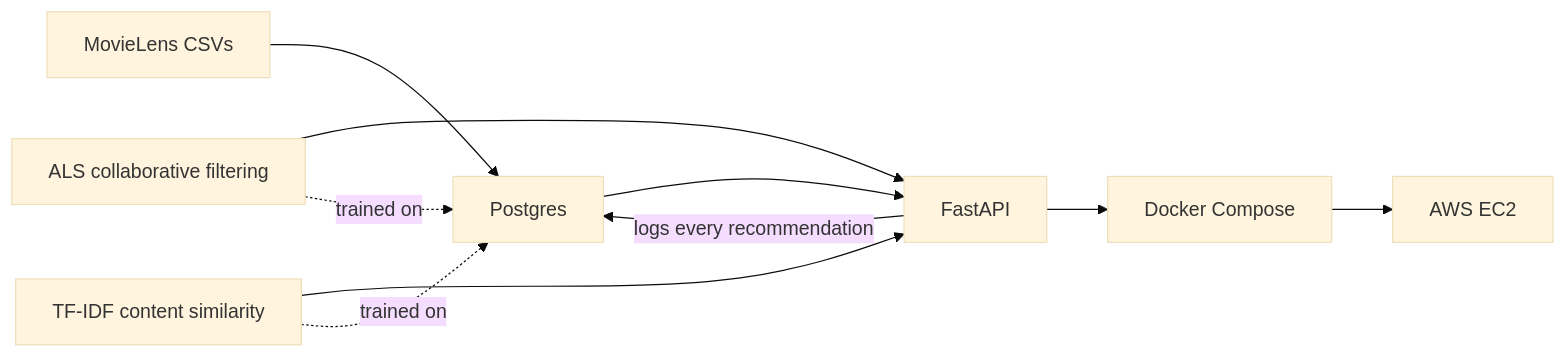
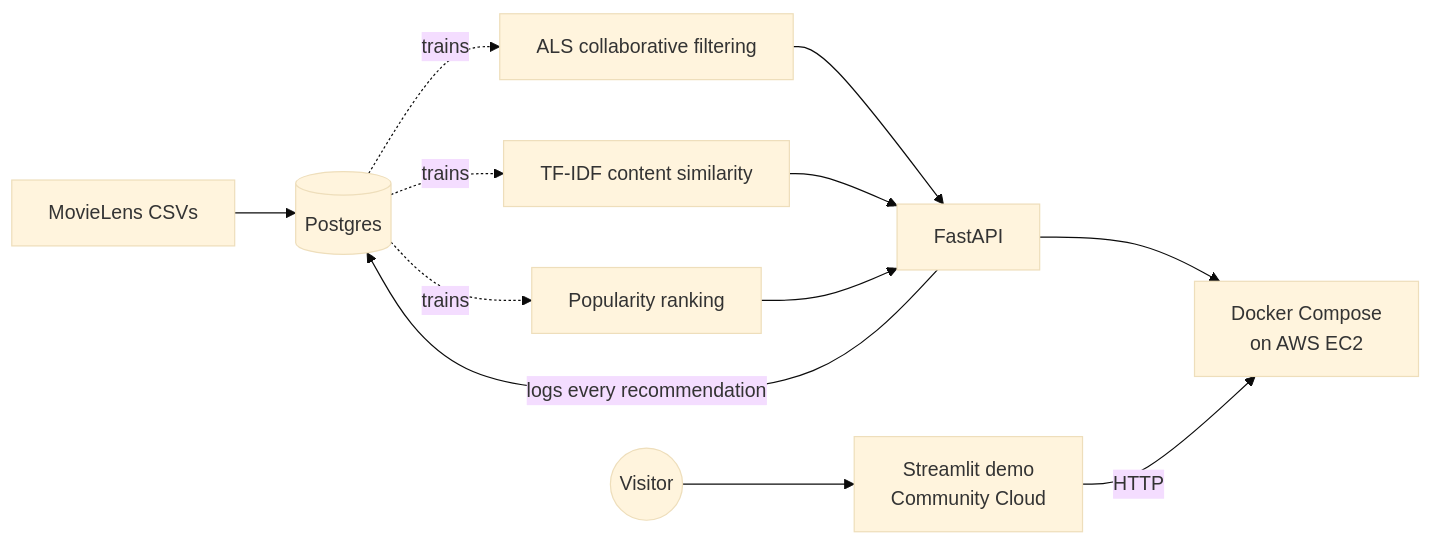
One commit to himanshumjain15/recommendation-system changed the diagram in README.md. Above: the diagram before and after it, drawn with Mermaid (base theme). The commit also changed other lines of this file and 1 other file, not shown here.

First line of the commit message:
Document the live demo and warn when the TMDB key is missing

````diff
--- a/README.md
+++ b/README.md
@@ -49,12 +64,14 @@
 ```mermaid
 flowchart LR
-    A[MovieLens CSVs] --> B[Postgres]
-    B --> C[FastAPI]
+    A[MovieLens CSVs] --> B[(Postgres)]
+    F[ALS collaborative filtering] --> C[FastAPI]
+    G[TF-IDF content similarity] --> C
+    H[Popularity ranking] --> C
+    B -.trains.-> F
+    B -.trains.-> G
+    B -.trains.-> H
     C -->|logs every recommendation| B
-    C --> D[Docker Compose]
-    D --> E[AWS EC2]
-    F[ALS collaborative filtering] --> C
-    G[TF-IDF content similarity] --> C
-    F -.trained on.-> B
-    G -.trained on.-> B
+    C --> D[Docker Compose<br/>on AWS EC2]
+    S[Streamlit demo<br/>Community Cloud] -->|HTTP| D
+    U((Visitor)) --> S
 ```
````
